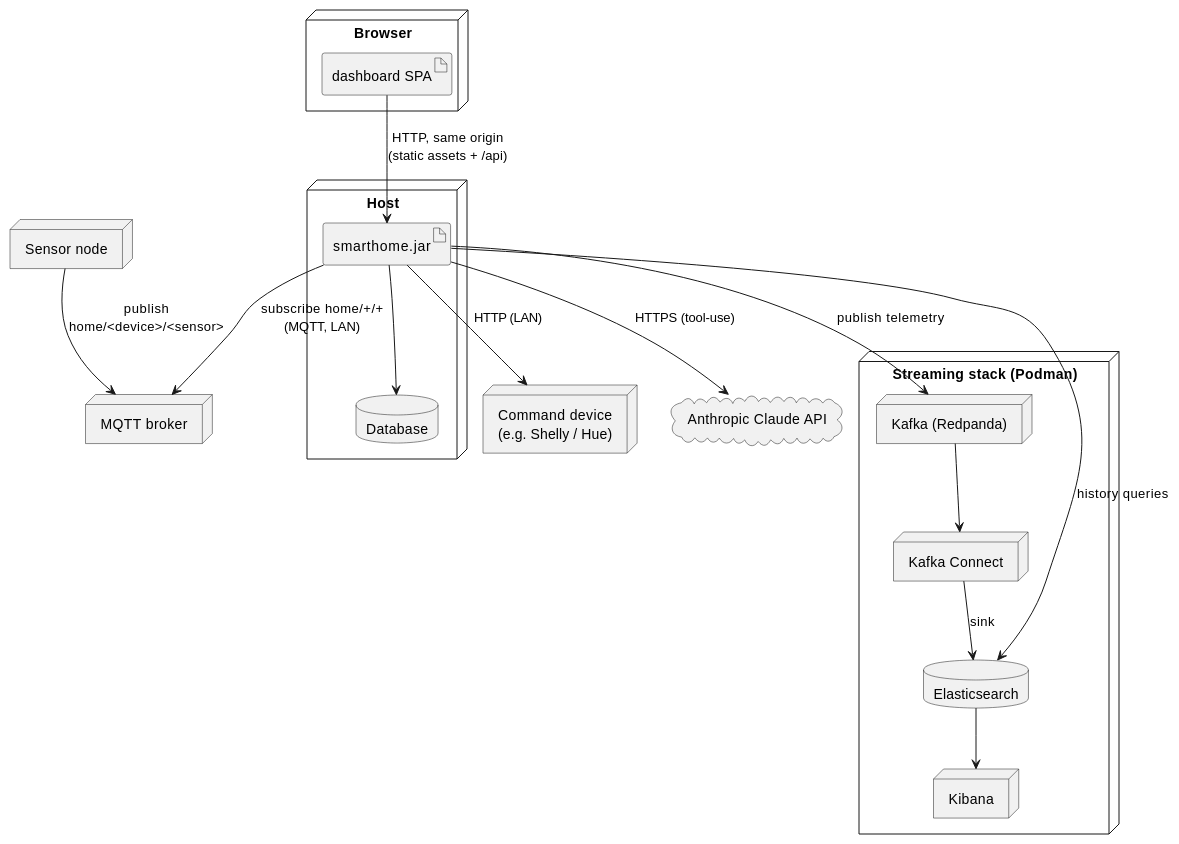
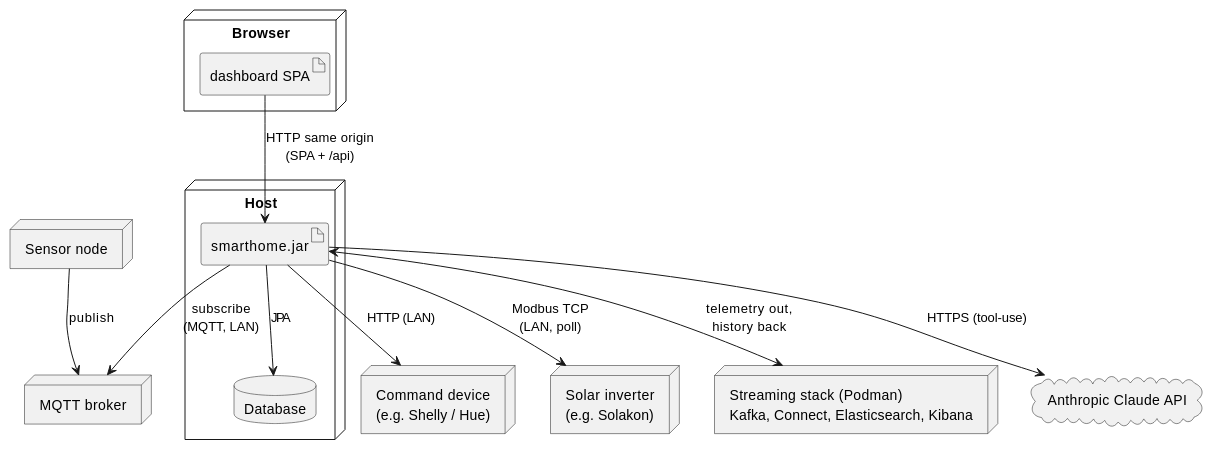
One commit to FelixGeisler/SmartHome changed the diagram in docs/modules/ROOT/pages/07-deployment-view.adoc. Above: the diagram before and after it, drawn with PlantUML. The commit also changed other lines of this file and 2 other files, not shown here.

Commit message:
#54 Add the Solakon inverter to the arc42 context, building-block, and deployment views and simplify their diagrams.

```diff
--- a/docs/modules/ROOT/pages/07-deployment-view.adoc
+++ b/docs/modules/ROOT/pages/07-deployment-view.adoc
@@ -10,34 +11,28 @@
 [plantuml,deployment,svg]
 ----
 @startuml
+skinparam componentStyle rectangle
 node "Browser" {
   artifact "dashboard SPA" as spa
 }
 node "Host" {
   artifact "smarthome.jar" as app
   database "Database" as db
-  app --> db
 }
 node "Command device\n(e.g. Shelly / Hue)" as plug
+node "Sensor node" as sensor
 node "MQTT broker" as broker
-node "Sensor node" as sensor
-node "Streaming stack (Podman)" as stack {
-  node "Kafka (Redpanda)" as kafka
-  node "Kafka Connect" as connect
-  database "Elasticsearch" as es
-  node "Kibana" as kibana
-}
+node "Solar inverter\n(e.g. Solakon)" as inverter
+node "Streaming stack (Podman)\nKafka, Connect, Elasticsearch, Kibana" as stack
 cloud "Anthropic Claude API" as claude
 
-spa --> app : HTTP, same origin\n(static assets + /api)
+app --> db : JPA
+spa --> app : HTTP same origin\n(SPA + /api)
 app --> plug : HTTP (LAN)
-sensor --> broker : publish\nhome/<device>/<sensor>
-app --> broker : subscribe home/+/+\n(MQTT, LAN)
-app --> kafka : publish telemetry
-kafka --> connect
-connect --> es : sink
-app --> es : history queries
-es --> kibana
+app --> inverter : Modbus TCP\n(LAN, poll)
+sensor --> broker : publish
+app --> broker : subscribe\n(MQTT, LAN)
+app <--> stack : telemetry out,\nhistory back
 app --> claude : HTTPS (tool-use)
 @enduml
 ----
```
